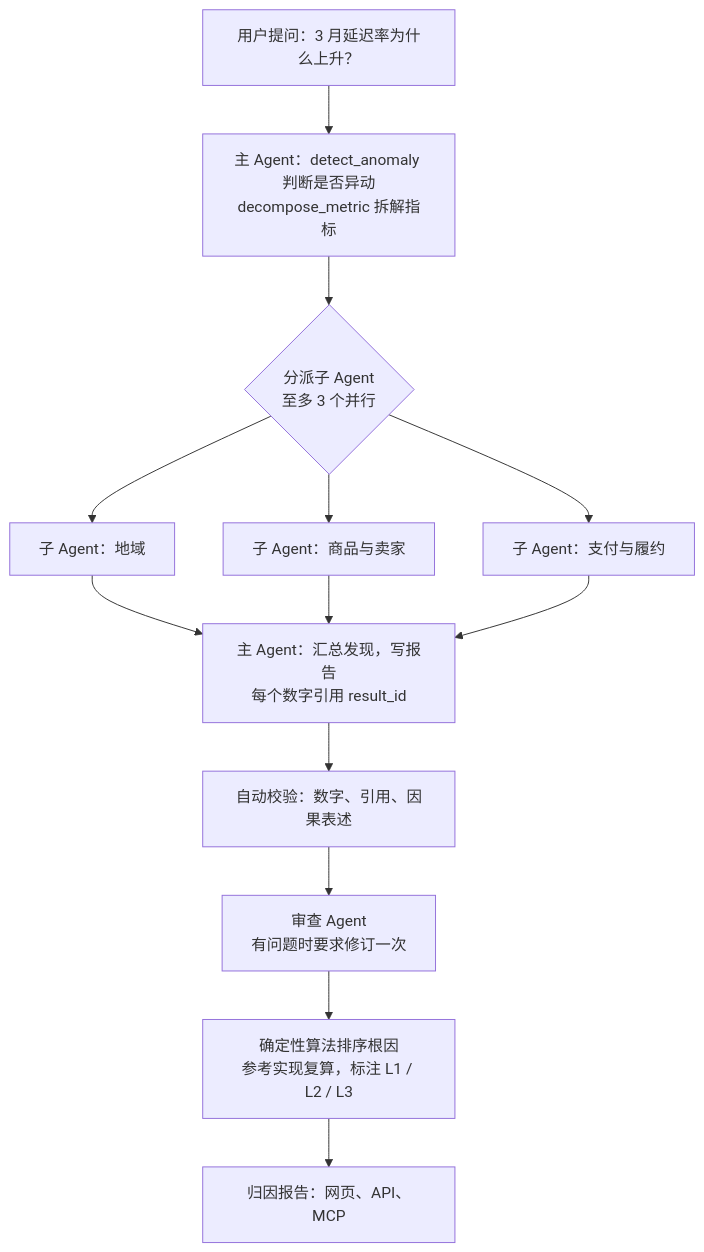
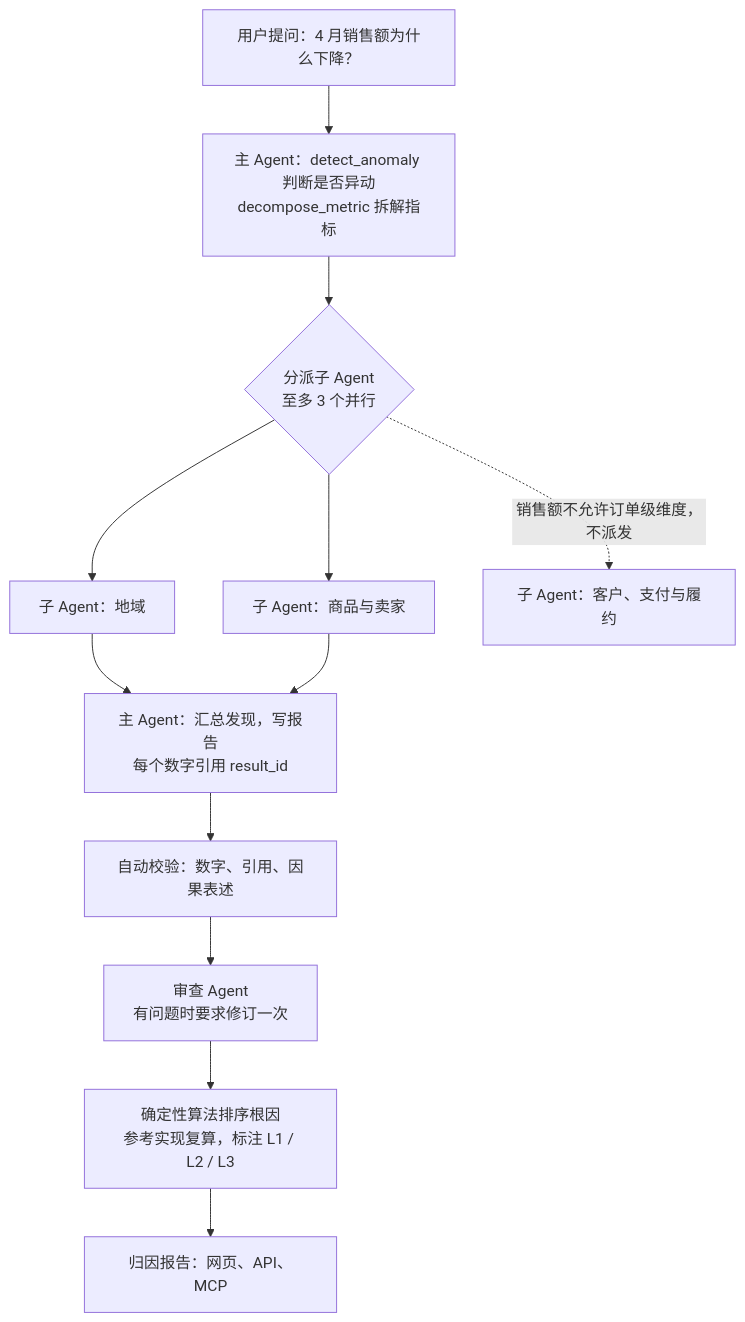
One commit to control-coder/metricproof changed the first of 2 diagrams in README.md. Above: the diagram before and after it, drawn with Mermaid. The commit also changed other lines of this file and 1 other file, not shown here.

Commit message:
docs(readme): 对齐子 Agent 回传与示例问题，接口文档标题改为 MetricProof

````diff
--- a/README.md
+++ b/README.md
@@ -41,13 +41,13 @@
 ```mermaid
 flowchart TD
-    Q[用户提问：3 月延迟率为什么上升？] --> L1[主 Agent：detect_anomaly 判断是否异动<br/>decompose_metric 拆解指标]
+    Q[用户提问：4 月销售额为什么下降？] --> L1[主 Agent：detect_anomaly 判断是否异动<br/>decompose_metric 拆解指标]
     L1 --> D{分派子 Agent<br/>至多 3 个并行}
     D --> S1[子 Agent：地域]
     D --> S2[子 Agent：商品与卖家]
-    D --> S3[子 Agent：支付与履约]
-    S1 & S2 & S3 --> L2[主 Agent：汇总发现，写报告<br/>每个数字引用 result_id]
+    D -.->|销售额不允许订单级维度，不派发| S3[子 Agent：客户、支付与履约]
+    S1 & S2 --> L2[主 Agent：汇总发现，写报告<br/>每个数字引用 result_id]
     L2 --> C[自动校验：数字、引用、因果表述]
     C --> R[审查 Agent<br/>有问题时要求修订一次]
     R --> V[确定性算法排序根因<br/>参考实现复算，标注 L1 / L2 / L3]
     V --> O[归因报告：网页、API、MCP]
 ```
````
